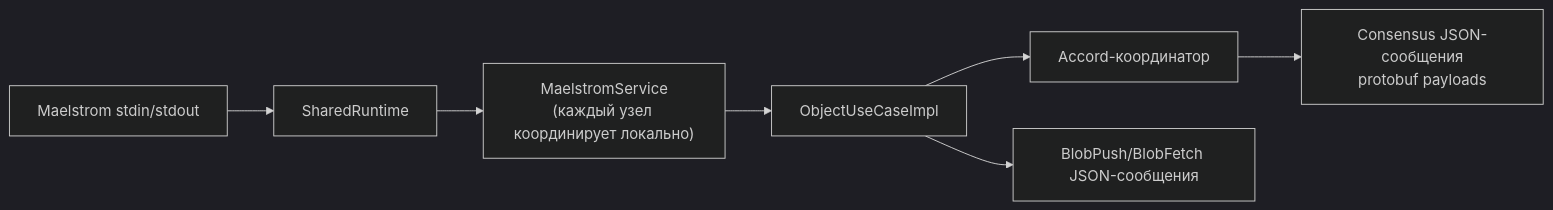
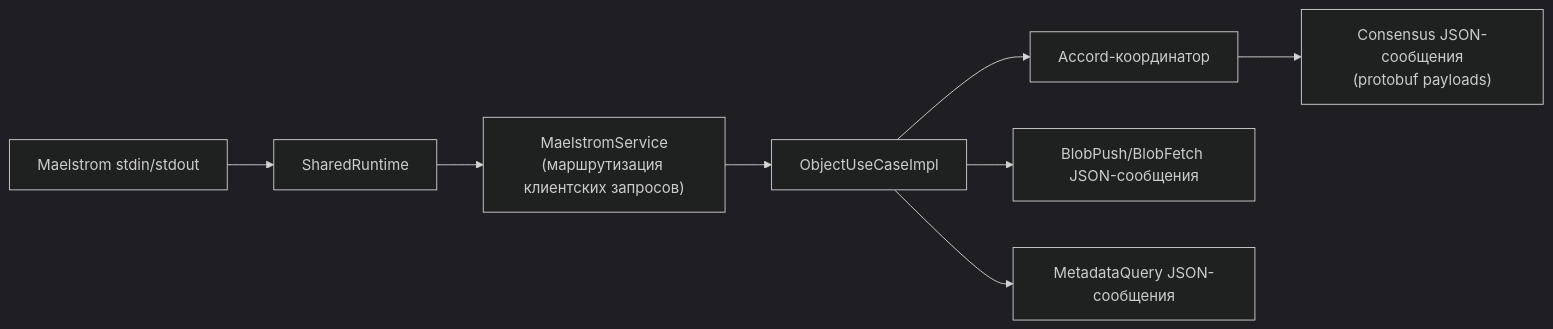
The sixth of 6 diagrams in docs/architecture.md (Bromles/so3), drawn with Mermaid (dark theme) before and after one commit. The commit also changed other lines of this file and 12 other files, not shown here.

````diff
--- a/docs/architecture.md
+++ b/docs/architecture.md
@@ -201,9 +283,10 @@
 ```mermaid
 flowchart LR
     maelstrom["Maelstrom stdin/stdout"] --> runtime["SharedRuntime"]
-    runtime --> service["MaelstromService\n(каждый узел координирует локально)"]
+    runtime --> service["MaelstromService\n(маршрутизация клиентских запросов)"]
     service --> core_uc["ObjectUseCaseImpl"]
     core_uc --> coord["Accord-координатор"]
-    coord --> consensus_json["Consensus JSON-сообщения\nprotobuf payloads"]
+    coord --> consensus_json["Consensus JSON-сообщения\n(protobuf payloads)"]
     core_uc --> blob_json["BlobPush/BlobFetch JSON-сообщения"]
+    core_uc --> meta_json["MetadataQuery JSON-сообщения"]
 ```
````
